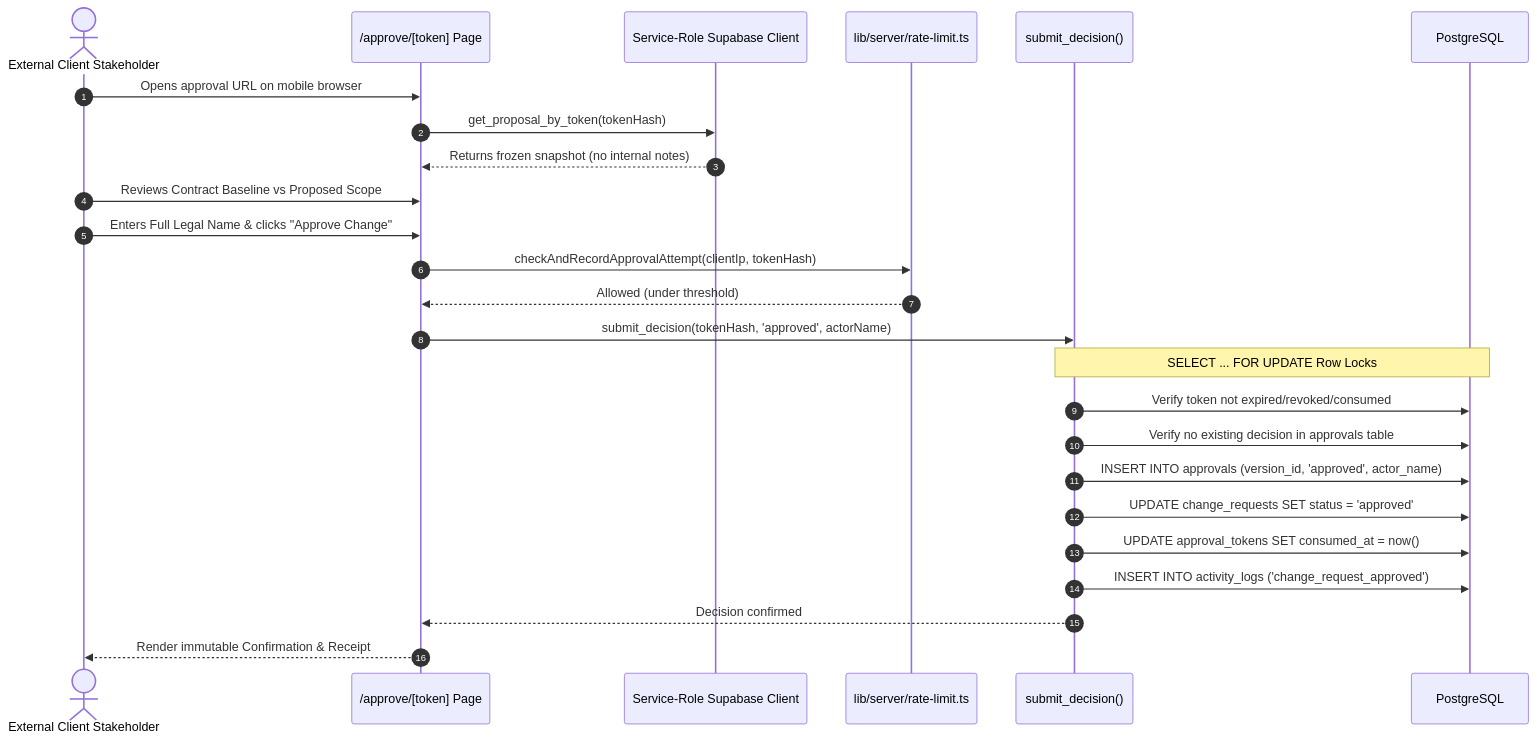
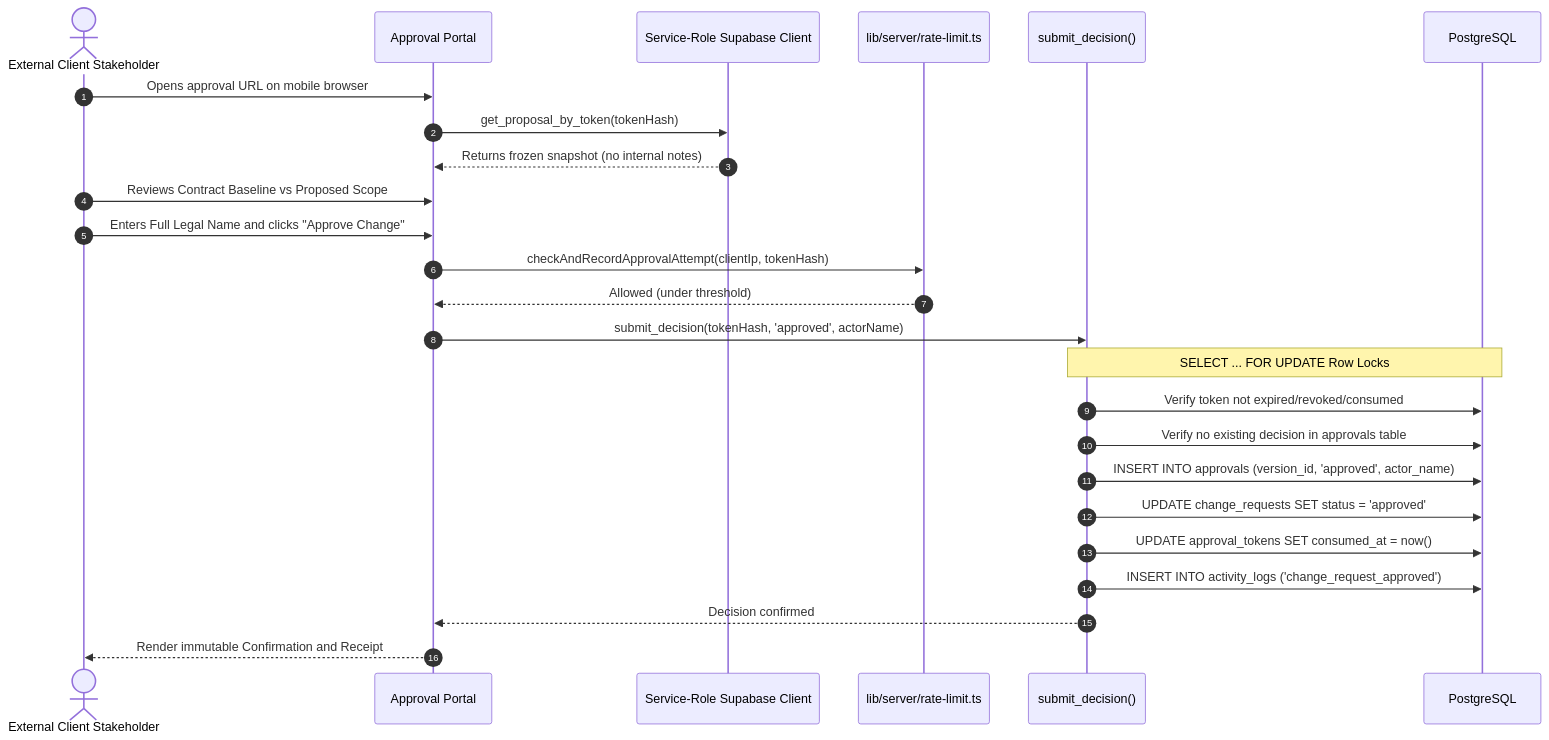
One commit to kirteebhat/scopeguard changed the sixth of 8 diagrams in PROJECT_DOCUMENTATION.md. Above: the diagram before and after it, drawn with Mermaid. The commit also changed other lines of this file and 3 other files, not shown here.

````diff
--- a/PROJECT_DOCUMENTATION.md
+++ b/PROJECT_DOCUMENTATION.md
@@ -521,28 +523,28 @@
 ```mermaid
 sequenceDiagram
     autonumber
     actor Client as External Client Stakeholder
-    participant Portal as /approve/[token] Page
+    participant Portal as Approval Portal
     participant ServiceClient as Service-Role Supabase Client
     participant RateLimiter as lib/server/rate-limit.ts
     participant RPC as submit_decision()
     participant DB as PostgreSQL
 
     Client->>Portal: Opens approval URL on mobile browser
     Portal->>ServiceClient: get_proposal_by_token(tokenHash)
     ServiceClient-->>Portal: Returns frozen snapshot (no internal notes)
     Client->>Portal: Reviews Contract Baseline vs Proposed Scope
-    Client->>Portal: Enters Full Legal Name & clicks "Approve Change"
+    Client->>Portal: Enters Full Legal Name and clicks "Approve Change"
     Portal->>RateLimiter: checkAndRecordApprovalAttempt(clientIp, tokenHash)
     RateLimiter-->>Portal: Allowed (under threshold)
     Portal->>RPC: submit_decision(tokenHash, 'approved', actorName)
     Note over RPC,DB: SELECT ... FOR UPDATE Row Locks
     RPC->>DB: Verify token not expired/revoked/consumed
     RPC->>DB: Verify no existing decision in approvals table
     RPC->>DB: INSERT INTO approvals (version_id, 'approved', actor_name)
     RPC->>DB: UPDATE change_requests SET status = 'approved'
     RPC->>DB: UPDATE approval_tokens SET consumed_at = now()
     RPC->>DB: INSERT INTO activity_logs ('change_request_approved')
     RPC-->>Portal: Decision confirmed
-    Portal-->>Client: Render immutable Confirmation & Receipt
+    Portal-->>Client: Render immutable Confirmation and Receipt
 ```
````
